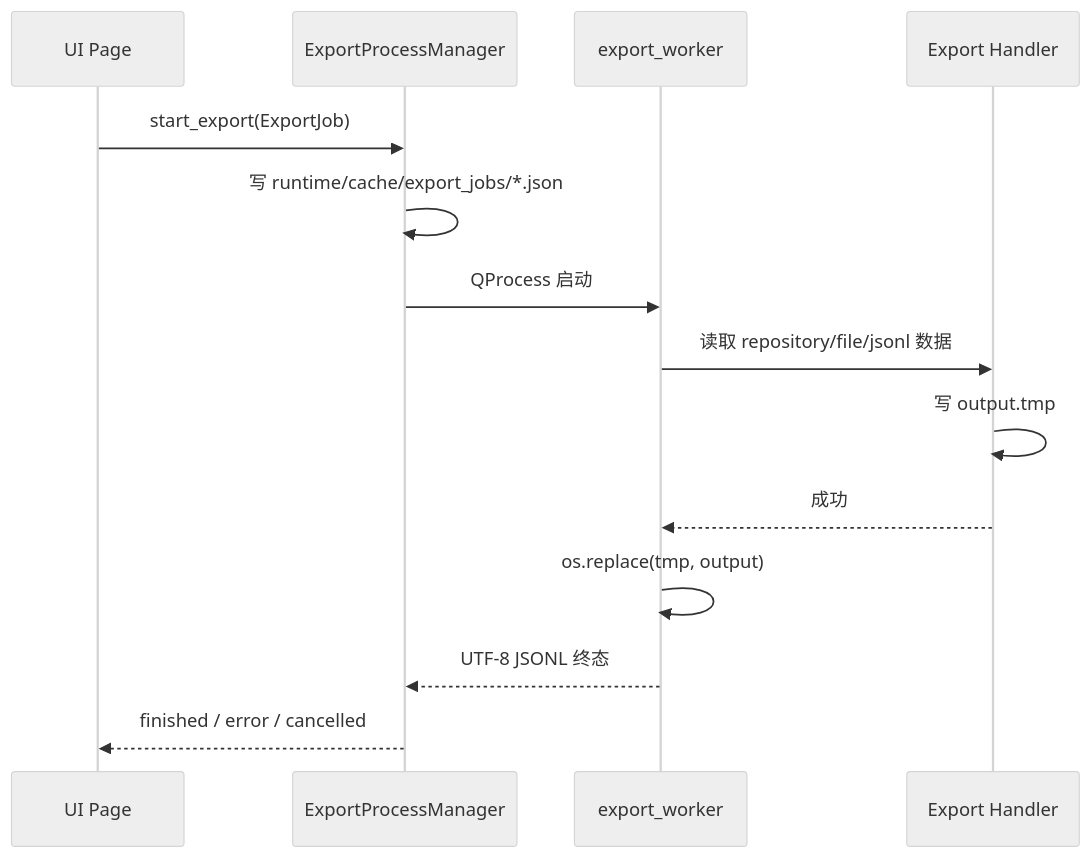
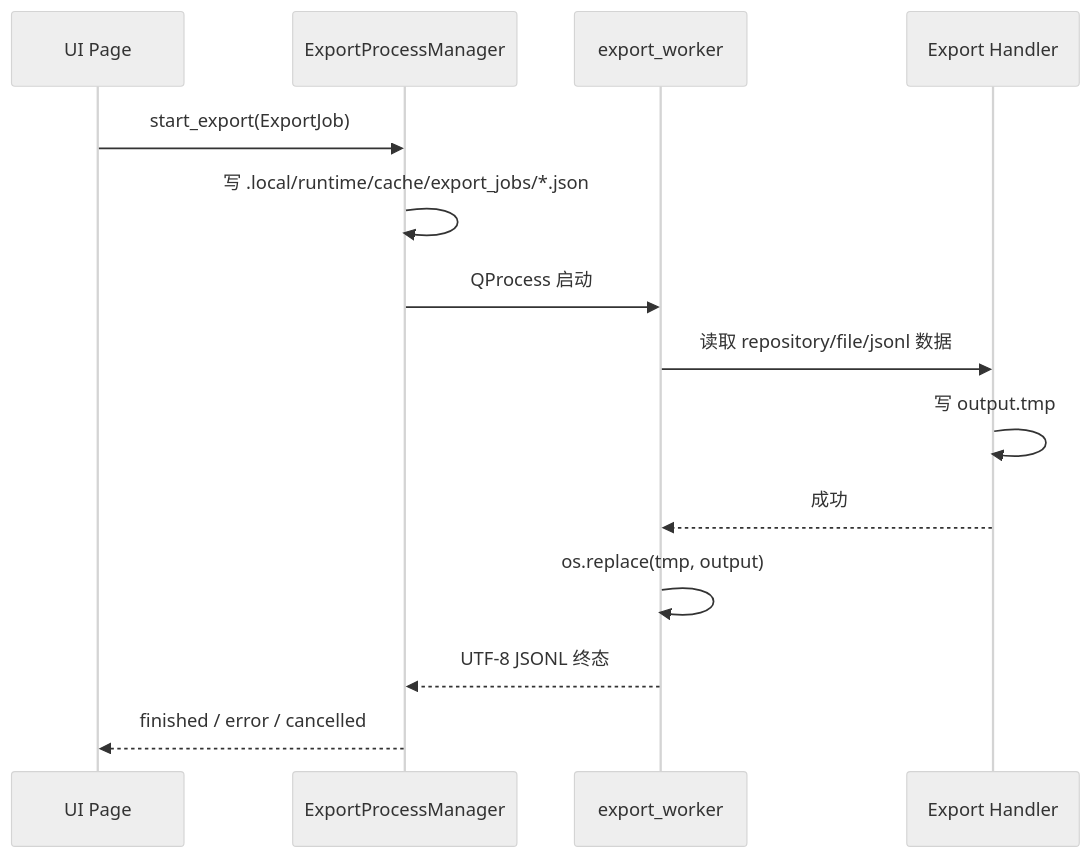
One commit to wxj183589/NetConsole changed the fourth of 6 diagrams in docs/ARCHITECTURE.md. Above: the diagram before and after it, drawn with Mermaid (neutral theme). The commit also changed other lines of this file and 694 other files, not shown here.

````diff
--- a/docs/ARCHITECTURE.md
+++ b/docs/ARCHITECTURE.md
@@ -93,16 +93,16 @@
 ```mermaid
 sequenceDiagram
     participant P as UI Page
     participant M as ExportProcessManager
     participant W as export_worker
     participant E as Export Handler
     P->>M: start_export(ExportJob)
-    M->>M: 写 runtime/cache/export_jobs/*.json
+    M->>M: 写 .local/runtime/cache/export_jobs/*.json
     M->>W: QProcess 启动
     W->>E: 读取 repository/file/jsonl 数据
     E->>E: 写 output.tmp
     E-->>W: 成功
     W->>W: os.replace(tmp, output)
     W-->>M: UTF-8 JSONL 终态
     M-->>P: finished / error / cancelled
 ```
````
